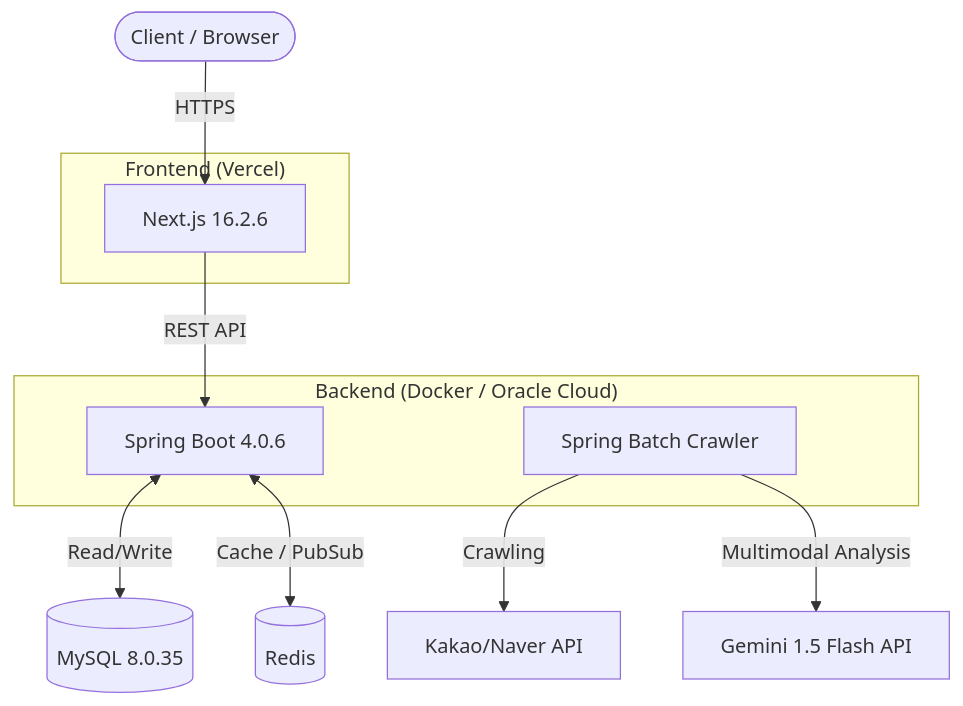
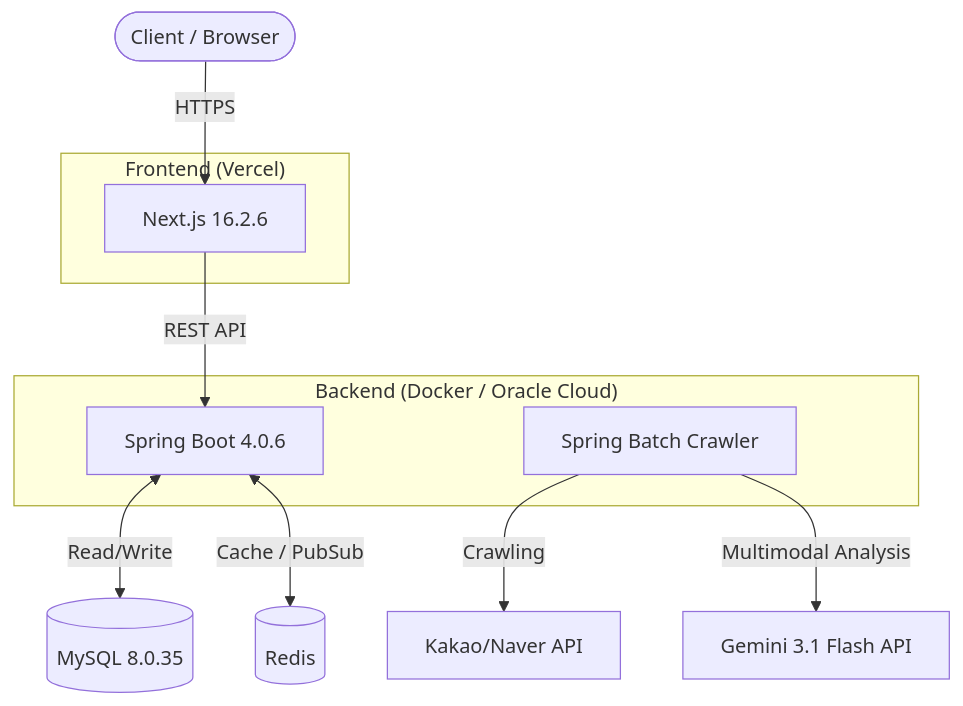
Before and after one commit to minari0v0/pickpl: the first of 2 diagrams in README.md, drawn with Mermaid.

````diff
--- a/README.md
+++ b/README.md
@@ -25,20 +25,20 @@
 ```mermaid
 graph TD
     Client([Client / Browser]) -->|HTTPS| Frontend
     
     subgraph "Frontend (Vercel)"
         Frontend[Next.js 16.2.6]
     end
     
     Frontend -->|REST API| Backend
     
     subgraph "Backend (Docker / Oracle Cloud)"
         Backend[Spring Boot 4.0.6]
         Batch[Spring Batch Crawler]
     end
     
     Backend <-->|Read/Write| DB[(MySQL 8.0.35)]
     Backend <-->|Cache / PubSub| Cache[(Redis)]
     Batch -->|Crawling| ExternalAPI[Kakao/Naver API]
-    Batch -->|Multimodal Analysis| AI[Gemini 1.5 Flash API]
+    Batch -->|Multimodal Analysis| AI[Gemini 3.1 Flash API]
 ```
````
